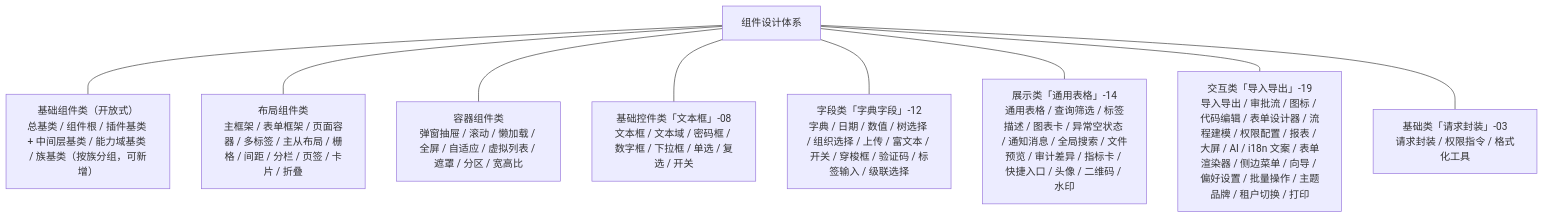
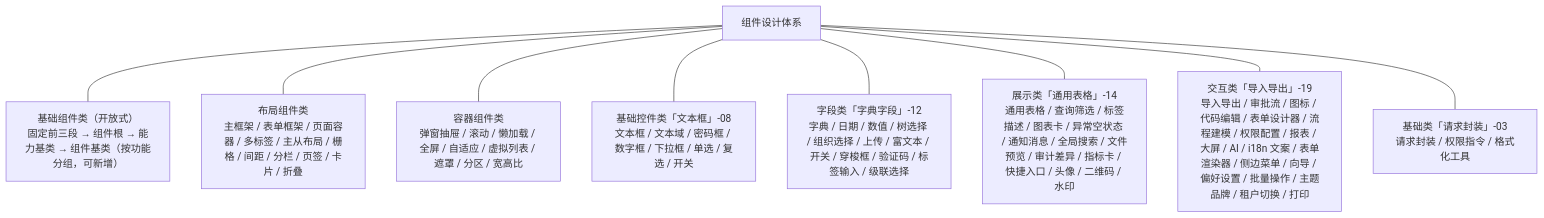
One commit to minjian123/basic-management-system changed the diagram in bms文档/设计/组件设计/01_组件设计_总览.md. Above: the diagram before and after it, drawn with Mermaid. The commit also changed other lines of this file and 108 other files, not shown here.

````diff
--- a/bms文档/设计/组件设计/01_组件设计_总览.md
+++ b/bms文档/设计/组件设计/01_组件设计_总览.md
@@ -194,20 +194,20 @@
 ```mermaid
 graph TD
     ROOT["组件设计体系"]
-    BASE["基础组件类（开放式）<br/>总基类 / 组件根 / 插件基类 + 中间层基类 / 能力域基类 / 族基类（按族分组，可新增）"]
+    BASE["基础组件类（开放式）<br/>固定前三段 → 组件根 → 能力基类 → 组件基类（按功能分组，可新增）"]
     LAY["布局组件类<br/>主框架 / 表单框架 / 页面容器 / 多标签 / 主从布局 / 栅格 / 间距 / 分栏 / 页签 / 卡片 / 折叠"]
     BOX["容器组件类<br/>弹窗抽屉 / 滚动 / 懒加载 / 全屏 / 自适应 / 虚拟列表 / 遮罩 / 分区 / 宽高比"]
     CTRL["基础控件类「文本框」-08<br/>文本框 / 文本域 / 密码框 / 数字框 / 下拉框 / 单选 / 复选 / 开关"]
     F["字段类「字典字段」-12<br/>字典 / 日期 / 数值 / 树选择 / 组织选择 / 上传 / 富文本 / 开关 / 穿梭框 / 验证码 / 标签输入 / 级联选择"]
     D["展示类「通用表格」-14<br/>通用表格 / 查询筛选 / 标签描述 / 图表卡 / 异常空状态 / 通知消息 / 全局搜索 / 文件预览 / 审计差异 / 指标卡 / 快捷入口 / 头像 / 二维码 / 水印"]
     I["交互类「导入导出」-19<br/>导入导出 / 审批流 / 图标 / 代码编辑 / 表单设计器 / 流程建模 / 权限配置 / 报表 / 大屏 / AI / i18n 文案 / 表单渲染器 / 侧边菜单 / 向导 / 偏好设置 / 批量操作 / 主题品牌 / 租户切换 / 打印"]
     B["基础类「请求封装」-03<br/>请求封装 / 权限指令 / 格式化工具"]
     ROOT --- BASE
     ROOT --- LAY
     ROOT --- BOX
     ROOT --- CTRL
     ROOT --- F
     ROOT --- D
     ROOT --- I
     ROOT --- B
 ```
````
